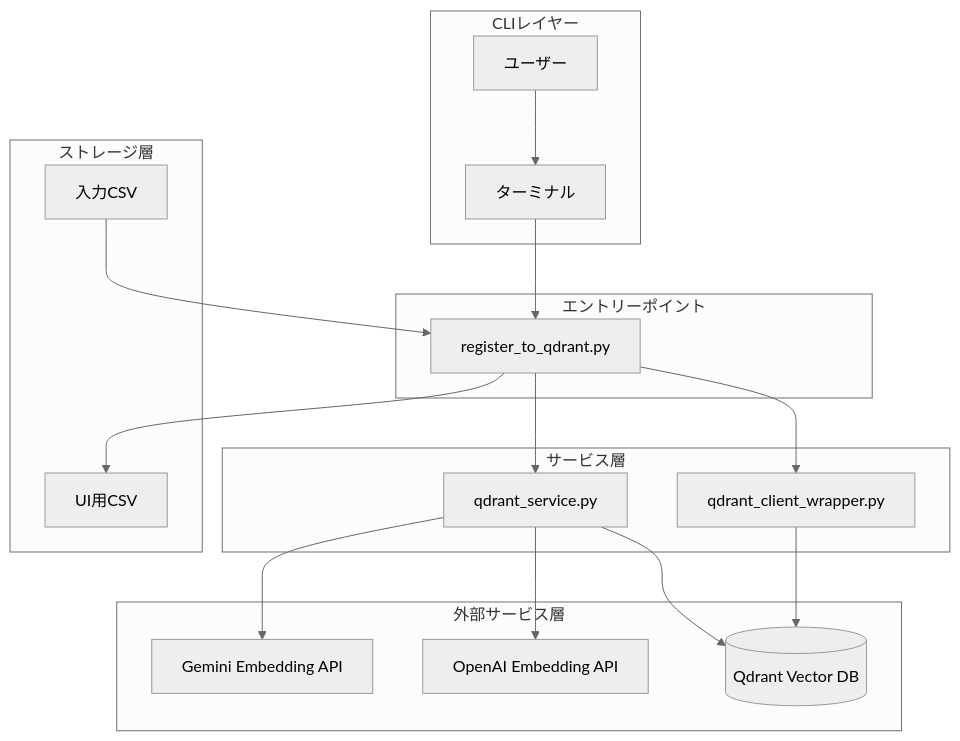
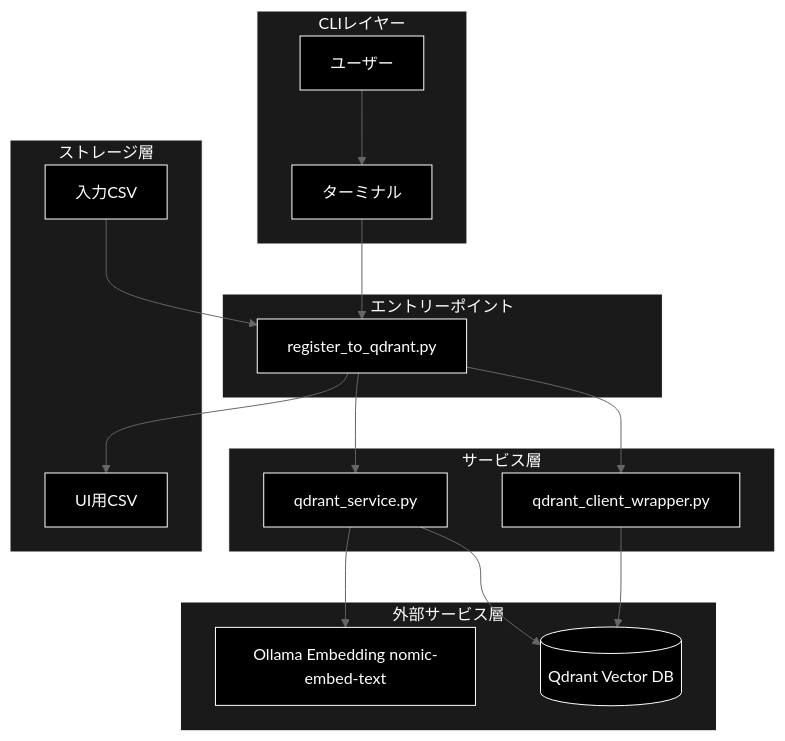
The first of 4 diagrams in qa_qdrant/doc/register_to_qdrant.md (nakashima2toshio/ollama_grace_agent_v2), drawn with Mermaid (neutral theme) before and after one commit. The commit also changed other lines of this file and 12 other files, not shown here.

First line of the commit message:
qa_qdrant: Ollama ネイティブ化（*.py・doc/*.md の旧プロバイダー記述を統一）

````diff
--- a/qa_qdrant/doc/register_to_qdrant.md
+++ b/qa_qdrant/doc/register_to_qdrant.md
@@ -54,38 +54,44 @@
 ```mermaid
 flowchart TB
     subgraph CLI["CLIレイヤー"]
         USER[ユーザー]
         TERMINAL[ターミナル]
     end
 
     subgraph ENTRY["エントリーポイント"]
         REGISTER[register_to_qdrant.py]
     end
 
     subgraph SERVICE["サービス層"]
         QDRANT_SVC[qdrant_service.py]
         WRAPPER[qdrant_client_wrapper.py]
     end
 
     subgraph EXTERNAL["外部サービス層"]
-        GEMINI[Gemini Embedding API]
-        OPENAI[OpenAI Embedding API]
+        OLLAMA[Ollama Embedding nomic-embed-text]
         QDRANT[(Qdrant Vector DB)]
     end
 
     subgraph STORAGE["ストレージ層"]
         INPUT_CSV[入力CSV]
         UI_CSV[UI用CSV]
     end
 
     USER --> TERMINAL
     TERMINAL --> REGISTER
     REGISTER --> QDRANT_SVC
     REGISTER --> WRAPPER
-    QDRANT_SVC --> GEMINI
-    QDRANT_SVC --> OPENAI
+    QDRANT_SVC --> OLLAMA
     QDRANT_SVC --> QDRANT
     WRAPPER --> QDRANT
     INPUT_CSV --> REGISTER
     REGISTER --> UI_CSV
+classDef default fill:#000,stroke:#fff,color:#fff
+classDef subgraphStyle fill:#1a1a1a,stroke:#fff,color:#fff
+class USER,TERMINAL,REGISTER,QDRANT_SVC,WRAPPER,OLLAMA,QDRANT,INPUT_CSV,UI_CSV default
+style CLI fill:#1a1a1a,stroke:#fff,color:#fff
+style ENTRY fill:#1a1a1a,stroke:#fff,color:#fff
+style SERVICE fill:#1a1a1a,stroke:#fff,color:#fff
+style EXTERNAL fill:#1a1a1a,stroke:#fff,color:#fff
+style STORAGE fill:#1a1a1a,stroke:#fff,color:#fff
 ```
````
